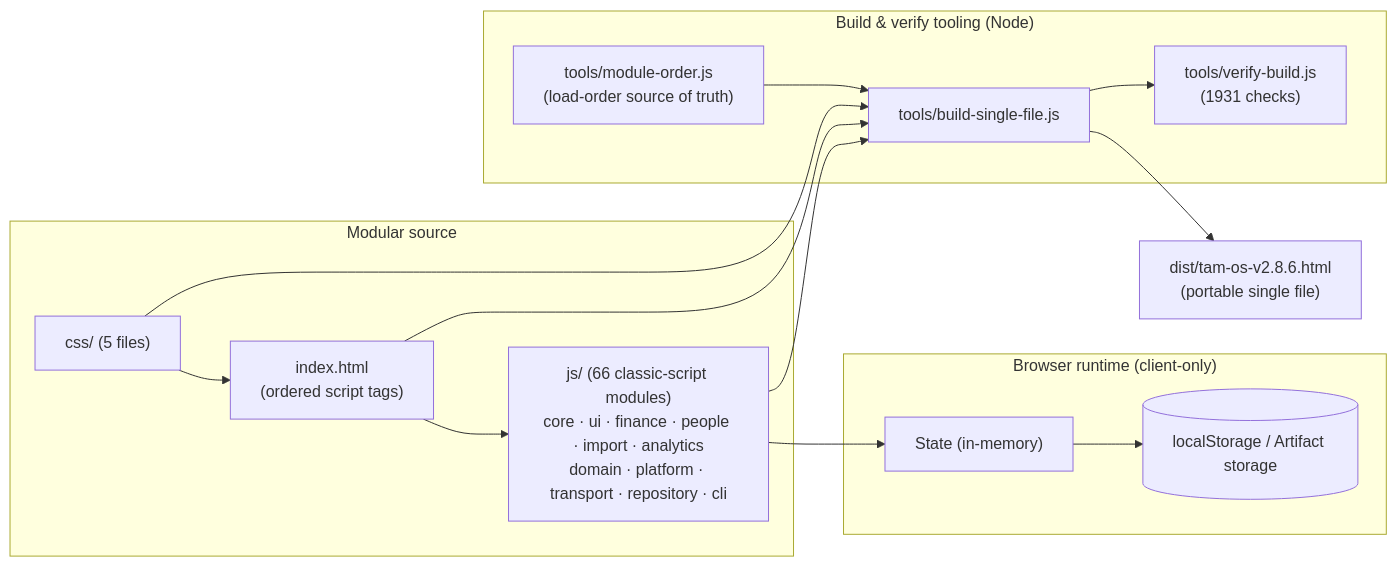
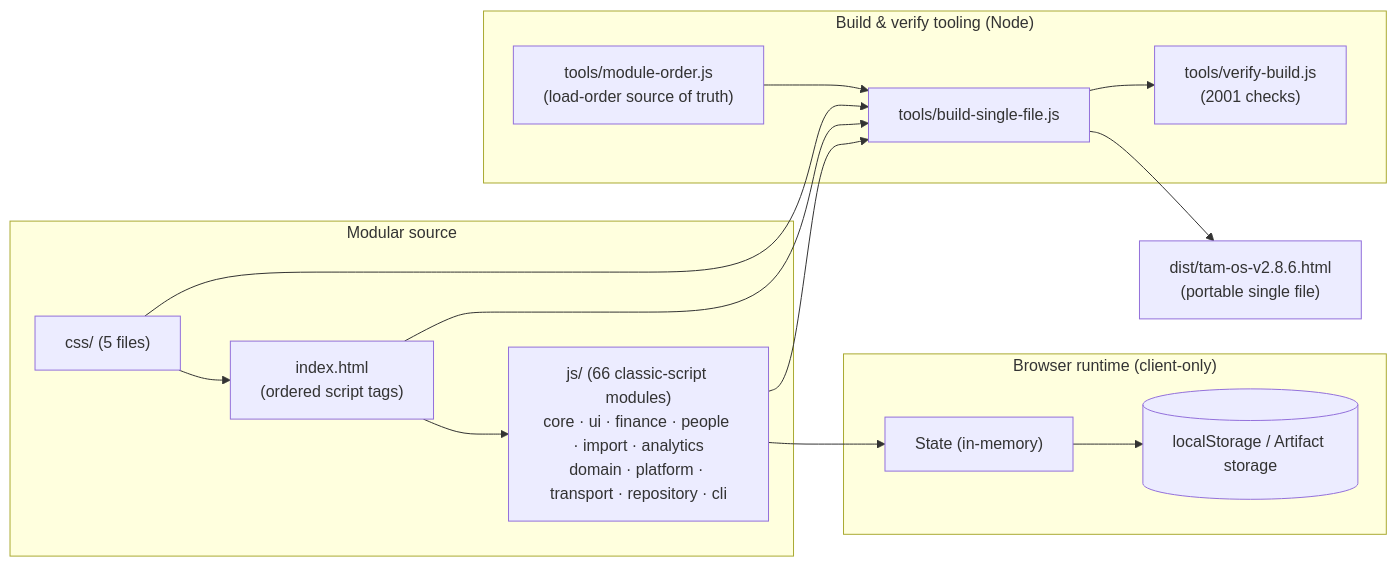
The first of 2 diagrams in README.md (fanoryu/TAM-Intelligence-OS), drawn with Mermaid before and after one commit. The commit also changed other lines of this file and 12 other files, not shown here.

````diff
--- a/README.md
+++ b/README.md
@@ -190,27 +216,27 @@
 ```mermaid
 flowchart LR
   subgraph Source["Modular source"]
     IDX["index.html<br/>(ordered script tags)"]
     CSS["css/ (5 files)"]
     JS["js/ (66 classic-script modules)<br/>core · ui · finance · people · import · analytics<br/>domain · platform · transport · repository · cli"]
   end
   subgraph Runtime["Browser runtime (client-only)"]
     STATE["State (in-memory)"]
     LS[("localStorage / Artifact storage")]
   end
   subgraph Build["Build & verify tooling (Node)"]
     ORDER["tools/module-order.js<br/>(load-order source of truth)"]
     BUILD["tools/build-single-file.js"]
-    VERIFY["tools/verify-build.js<br/>(1931 checks)"]
+    VERIFY["tools/verify-build.js<br/>(2001 checks)"]
   end
   DIST["dist/tam-os-v2.8.6.html<br/>(portable single file)"]
 
   IDX --> JS --> STATE --> LS
   CSS --> IDX
   ORDER --> BUILD
   IDX --> BUILD
   CSS --> BUILD
   JS --> BUILD
   BUILD --> DIST
   BUILD --> VERIFY
 ```
````
